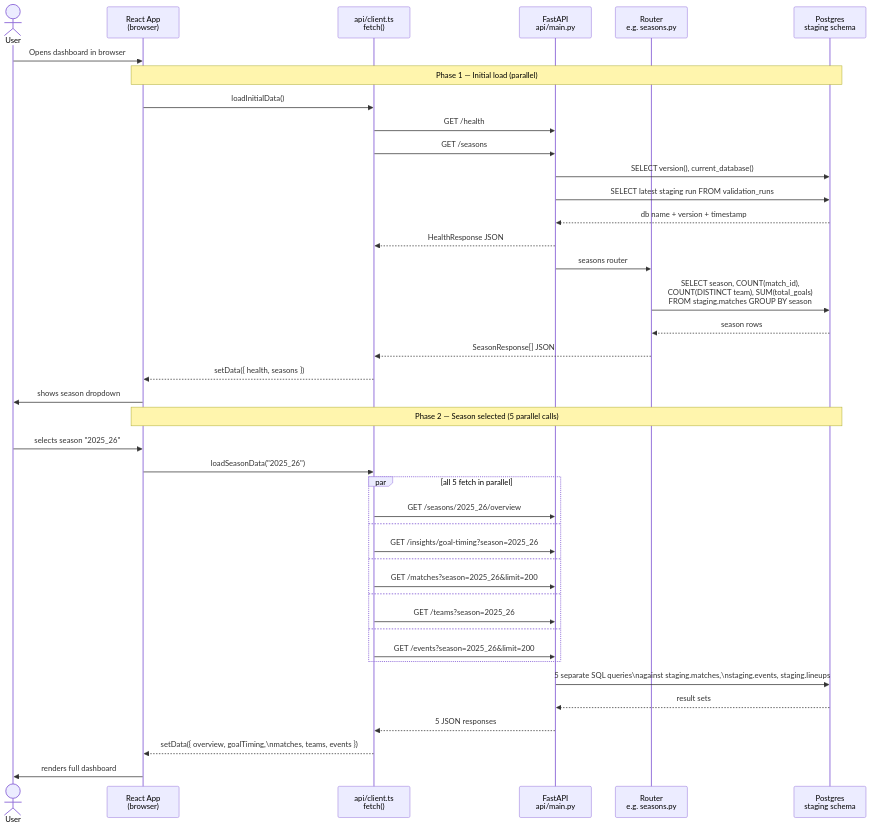
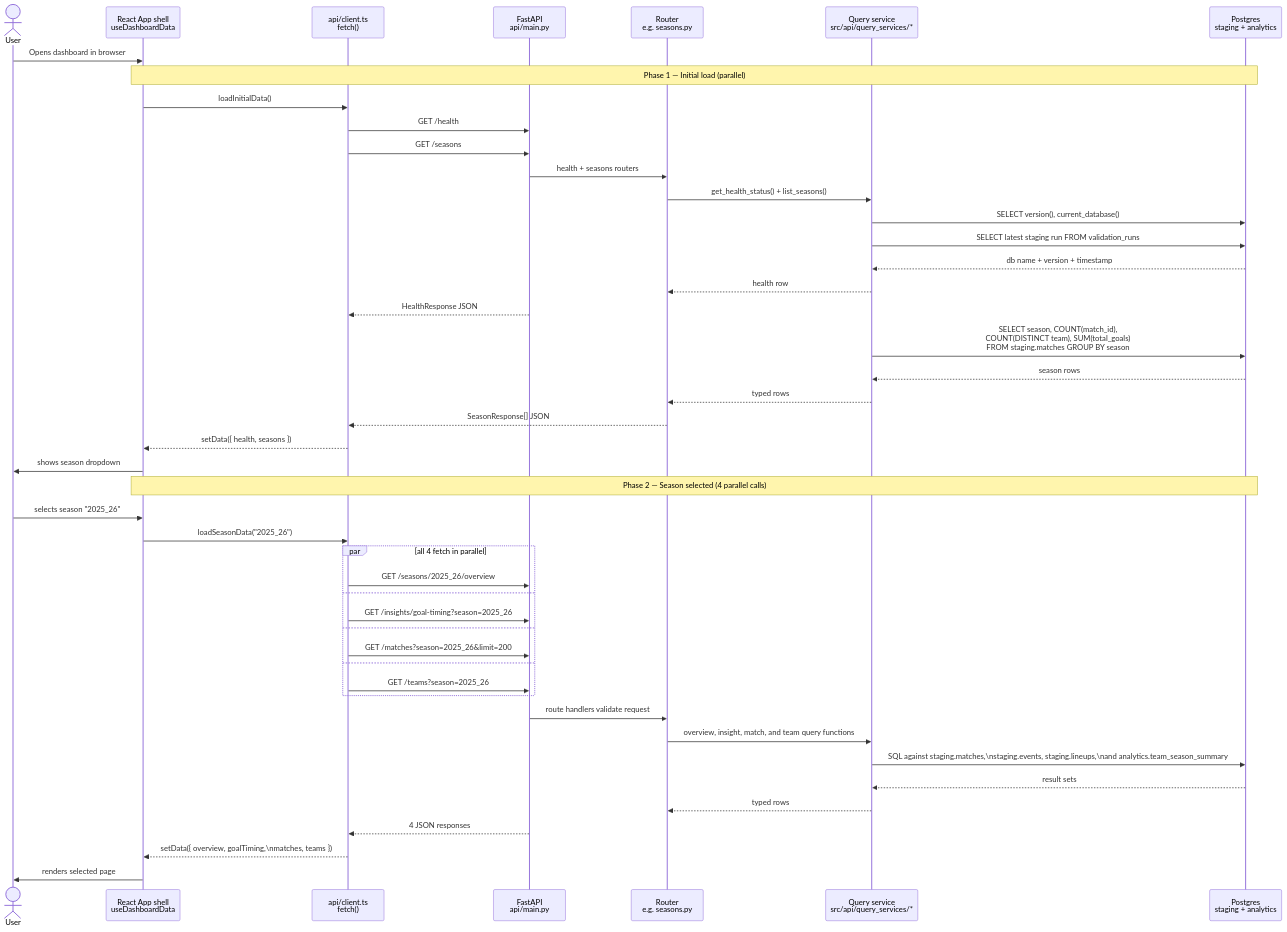
The third of 4 diagrams in docs/diagram_collection.md (humphrey-nyanzi/upl-lens), drawn with Mermaid before and after one commit. The commit also changed other lines of this file and 76 other files, not shown here.

First line of the commit message:
Implement UPL scraping pipeline with Postgres change detection and structured data extraction

````diff
--- a/docs/diagram_collection.md
+++ b/docs/diagram_collection.md
@@ -332,49 +332,54 @@
 ```mermaid
 sequenceDiagram
     actor User
-    participant React as React App<br/>(browser)
+    participant React as React App shell<br/>useDashboardData
     participant Client as api/client.ts<br/>fetch()
     participant FastAPI as FastAPI<br/>api/main.py
     participant Router as Router<br/>e.g. seasons.py
-    participant PG as Postgres<br/>staging schema
+    participant Query as Query service<br/>src/api/query_services/*
+    participant PG as Postgres<br/>staging + analytics
 
     User->>React: Opens dashboard in browser
 
     Note over React,PG: Phase 1 — Initial load (parallel)
     React->>Client: loadInitialData()
     Client->>FastAPI: GET /health
     Client->>FastAPI: GET /seasons
-    FastAPI->>PG: SELECT version(), current_database()
-    FastAPI->>PG: SELECT latest staging run FROM validation_runs
-    PG-->>FastAPI: db name + version + timestamp
+    FastAPI->>Router: health + seasons routers
+    Router->>Query: get_health_status() + list_seasons()
+    Query->>PG: SELECT version(), current_database()
+    Query->>PG: SELECT latest staging run FROM validation_runs
+    PG-->>Query: db name + version + timestamp
+    Query-->>Router: health row
     FastAPI-->>Client: HealthResponse JSON
-    FastAPI->>Router: seasons router
-    Router->>PG: SELECT season, COUNT(match_id),<br/>COUNT(DISTINCT team), SUM(total_goals)<br/>FROM staging.matches GROUP BY season
-    PG-->>Router: season rows
+    Query->>PG: SELECT season, COUNT(match_id),<br/>COUNT(DISTINCT team), SUM(total_goals)<br/>FROM staging.matches GROUP BY season
+    PG-->>Query: season rows
+    Query-->>Router: typed rows
     Router-->>Client: SeasonResponse[] JSON
     Client-->>React: setData({ health, seasons })
     React->>User: shows season dropdown
 
-    Note over React,PG: Phase 2 — Season selected (5 parallel calls)
+    Note over React,PG: Phase 2 — Season selected (4 parallel calls)
     User->>React: selects season "2025_26"
     React->>Client: loadSeasonData("2025_26")
 
-    par all 5 fetch in parallel
+    par all 4 fetch in parallel
         Client->>FastAPI: GET /seasons/2025_26/overview
         and
         Client->>FastAPI: GET /insights/goal-timing?season=2025_26
         and
         Client->>FastAPI: GET /matches?season=2025_26&limit=200
         and
         Client->>FastAPI: GET /teams?season=2025_26
-        and
-        Client->>FastAPI: GET /events?season=2025_26&limit=200
     end
 
-    FastAPI->>PG: 5 separate SQL queries\nagainst staging.matches,\nstaging.events, staging.lineups
-    PG-->>FastAPI: result sets
-    FastAPI-->>Client: 5 JSON responses
+    FastAPI->>Router: route handlers validate request
+    Router->>Query: overview, insight, match, and team query functions
+    Query->>PG: SQL against staging.matches,\nstaging.events, staging.lineups,\nand analytics.team_season_summary
+    PG-->>Query: result sets
+    Query-->>Router: typed rows
+    FastAPI-->>Client: 4 JSON responses
 
-    Client-->>React: setData({ overview, goalTiming,\nmatches, teams, events })
-    React->>User: renders full dashboard
+    Client-->>React: setData({ overview, goalTiming,\nmatches, teams })
+    React->>User: renders selected page
 ```
````
